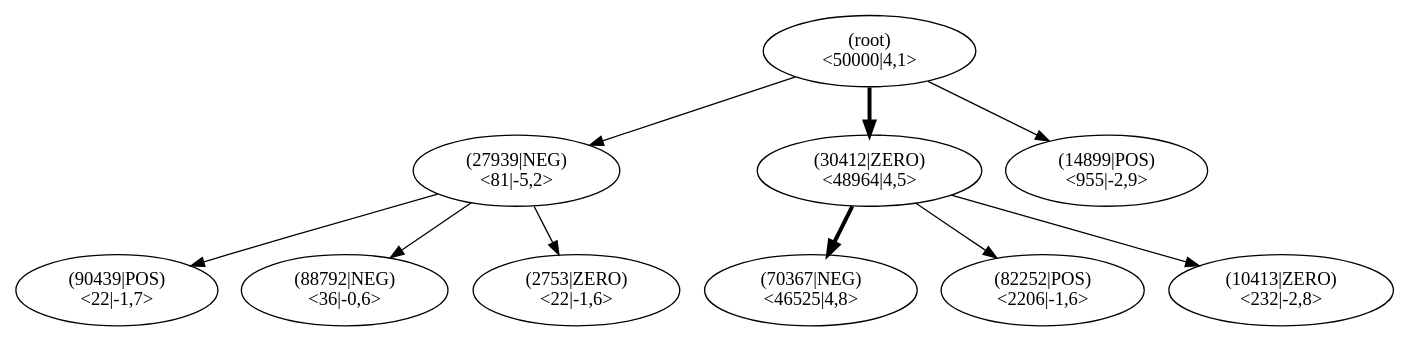
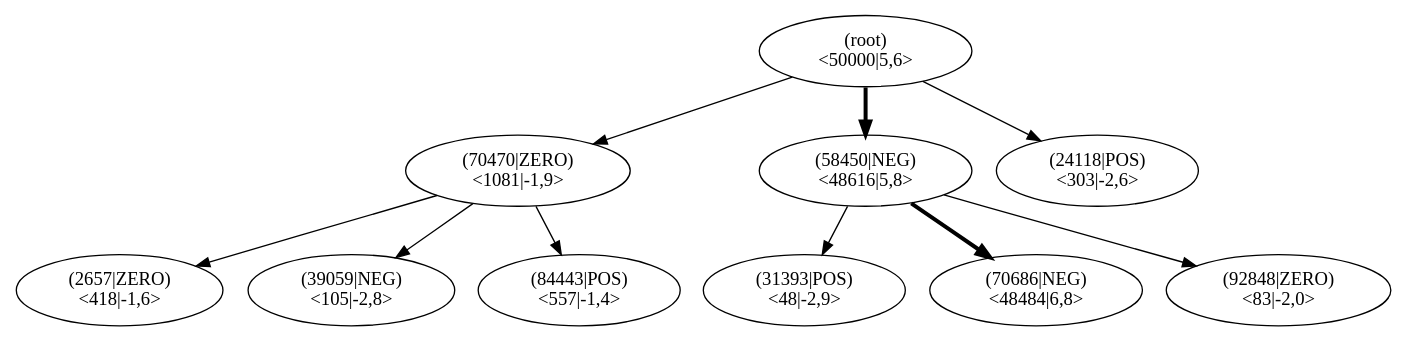
Before and after one commit to JonasHellgren/relexp-java: the diagram in pictures/ch13/lane_test_mcts.dot, drawn with Graphviz. The commit also changed 39 other files, not shown here.

```diff
--- a/pictures/ch13/lane_test_mcts.dot
+++ b/pictures/ch13/lane_test_mcts.dot
@@ -1,32 +1,32 @@
 digraph MCTS {
 node [shape=ellipse];
 Nroot [label="(root)
-<50000|4,1>"];
-Nroot -> N27939[penwidth=1];
-N27939 [label="(27939|NEG)
-<81|-5,2>"];
-N27939 -> N90439[penwidth=1];
-N90439 [label="(90439|POS)
-<22|-1,7>"];
-N27939 -> N88792[penwidth=1];
-N88792 [label="(88792|NEG)
-<36|-0,6>"];
-N27939 -> N2753[penwidth=1];
-N2753 [label="(2753|ZERO)
-<22|-1,6>"];
-Nroot -> N30412[penwidth=3];
-N30412 [label="(30412|ZERO)
-<48964|4,5>"];
-N30412 -> N70367[penwidth=3];
-N70367 [label="(70367|NEG)
-<46525|4,8>"];
-N30412 -> N82252[penwidth=1];
-N82252 [label="(82252|POS)
-<2206|-1,6>"];
-N30412 -> N10413[penwidth=1];
-N10413 [label="(10413|ZERO)
-<232|-2,8>"];
-Nroot -> N14899[penwidth=1];
-N14899 [label="(14899|POS)
-<955|-2,9>"];
+<50000|5,6>"];
+Nroot -> N70470[penwidth=1];
+N70470 [label="(70470|ZERO)
+<1081|-1,9>"];
+N70470 -> N2657[penwidth=1];
+N2657 [label="(2657|ZERO)
+<418|-1,6>"];
+N70470 -> N39059[penwidth=1];
+N39059 [label="(39059|NEG)
+<105|-2,8>"];
+N70470 -> N84443[penwidth=1];
+N84443 [label="(84443|POS)
+<557|-1,4>"];
+Nroot -> N58450[penwidth=3];
+N58450 [label="(58450|NEG)
+<48616|5,8>"];
+N58450 -> N31393[penwidth=1];
+N31393 [label="(31393|POS)
+<48|-2,9>"];
+N58450 -> N70686[penwidth=3];
+N70686 [label="(70686|NEG)
+<48484|6,8>"];
+N58450 -> N92848[penwidth=1];
+N92848 [label="(92848|ZERO)
+<83|-2,0>"];
+Nroot -> N24118[penwidth=1];
+N24118 [label="(24118|POS)
+<303|-2,6>"];
 }
```
